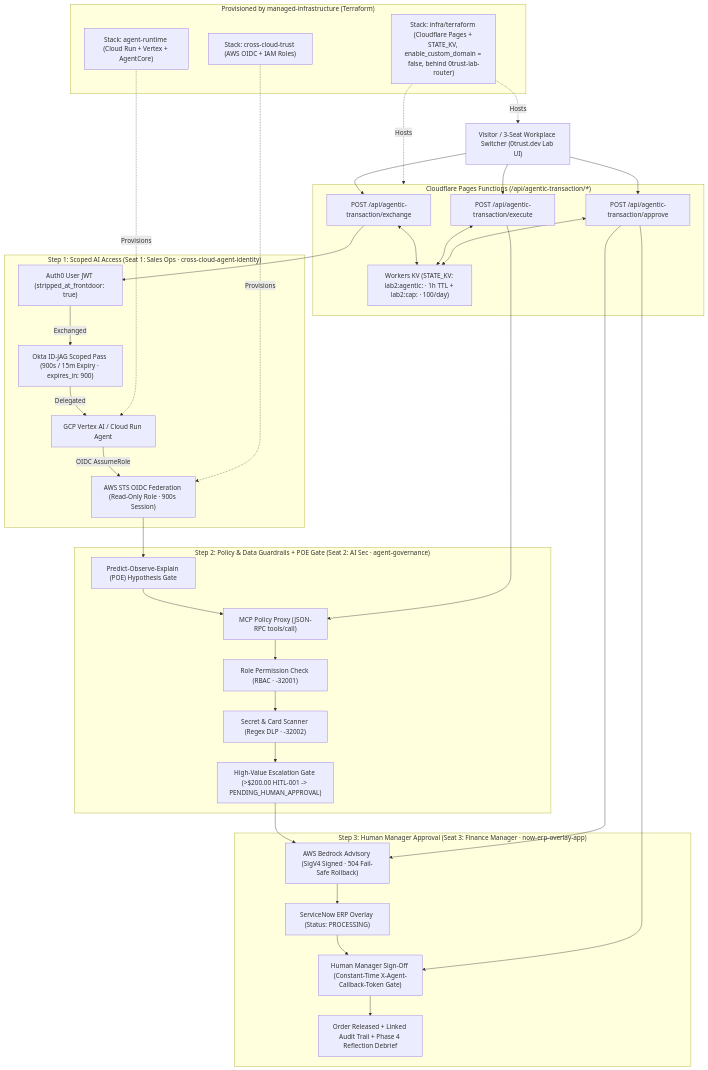
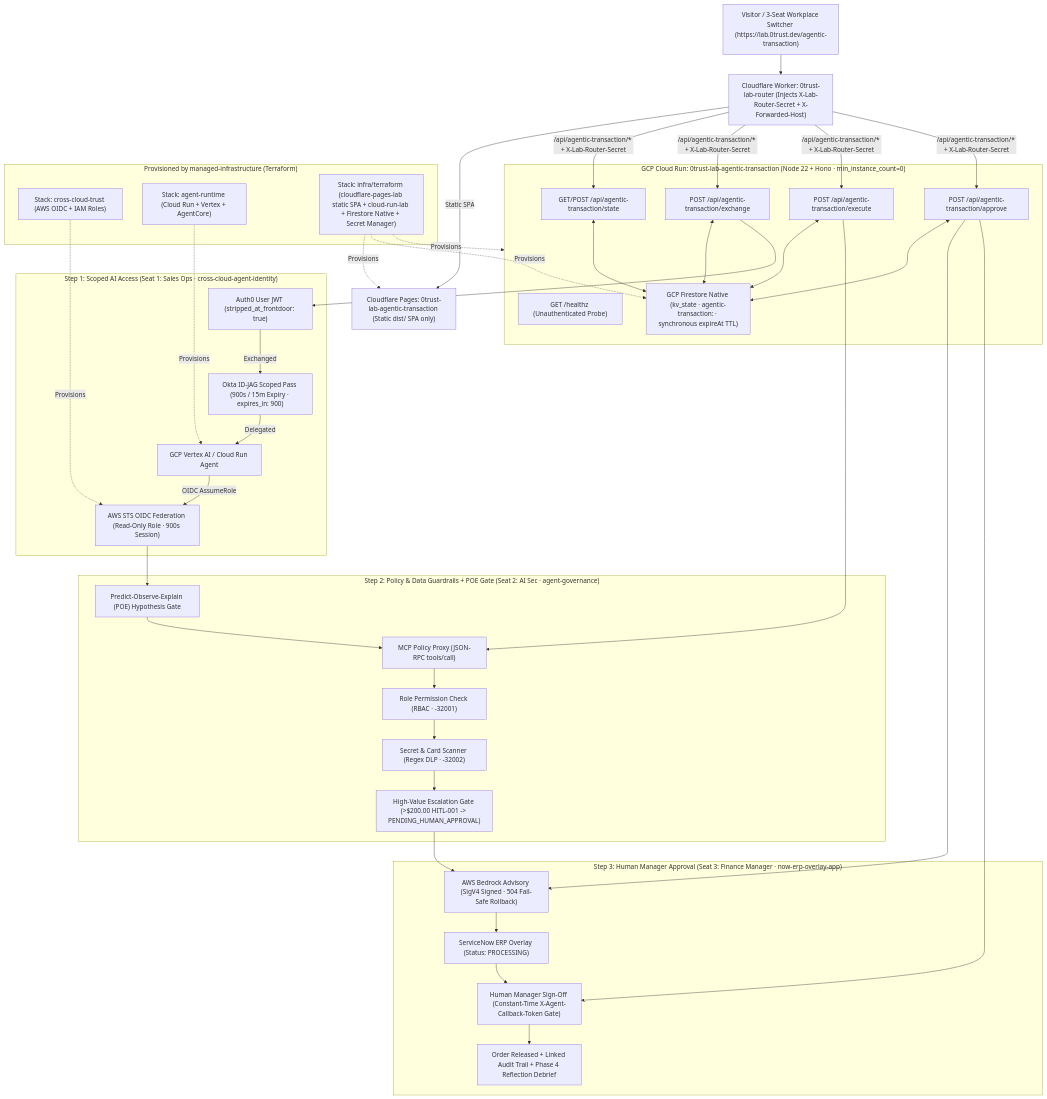
The diagram in docs/ARCHITECTURE.md (c2pig/0trust-lab-agentic-transaction), drawn with Mermaid before and after one commit. The commit also changed other lines of this file and 18 other files, not shown here.

Commit message:
feat: migrate Lab 2 API backend to GCP Cloud Run + Firestore Native (#4)

````diff
--- a/docs/ARCHITECTURE.md
+++ b/docs/ARCHITECTURE.md
@@ -11,55 +11,61 @@
 ```mermaid
 flowchart TB
-    User["Visitor / 3-Seat Workplace Switcher (0trust.dev Lab UI)"]
+    User["Visitor / 3-Seat Workplace Switcher (https://lab.0trust.dev/agentic-transaction)"]
+    Router["Cloudflare Worker: 0trust-lab-router (Injects X-Lab-Router-Secret + X-Forwarded-Host)"]
+    Pages["Cloudflare Pages: 0trust-lab-agentic-transaction (Static dist/ SPA only)"]
 
-    subgraph Edge ["Cloudflare Pages Functions (/api/agentic-transaction/*)"]
+    subgraph CloudRun ["GCP Cloud Run: 0trust-lab-agentic-transaction (Node 22 + Hono · min_instance_count=0)"]
+        Health["GET /healthz (Unauthenticated Probe)"]
+        FnState["GET/POST /api/agentic-transaction/state"]
         FnEx["POST /api/agentic-transaction/exchange"]
         FnExec["POST /api/agentic-transaction/execute"]
         FnApp["POST /api/agentic-transaction/approve"]
-        KV["Workers KV (STATE_KV: lab2:agentic:<sessionId> · 1h TTL + lab2:cap:<utcDate> · 100/day)"]
+        Firestore["GCP Firestore Native (kv_state · agentic-transaction:<key> · synchronous expireAt TTL)"]
     end
 
     subgraph S1 ["Step 1: Scoped AI Access (Seat 1: Sales Ops · cross-cloud-agent-identity)"]
         Auth0["Auth0 User JWT (stripped_at_frontdoor: true)"]
         Okta["Okta ID-JAG Scoped Pass (900s / 15m Expiry · expires_in: 900)"]
         GCP["GCP Vertex AI / Cloud Run Agent"]
         AWS_STS["AWS STS OIDC Federation (Read-Only Role · 900s Session)"]
         Auth0 -->|"Exchanged"| Okta
         Okta -->|"Delegated"| GCP
         GCP -->|"OIDC AssumeRole"| AWS_STS
     end
 
     subgraph S2 ["Step 2: Policy & Data Guardrails + POE Gate (Seat 2: AI Sec · agent-governance)"]
         POE["Predict-Observe-Explain (POE) Hypothesis Gate"]
         MCP["MCP Policy Proxy (JSON-RPC tools/call)"]
         RBAC["Role Permission Check (RBAC · -32001)"]
         DLP["Secret & Card Scanner (Regex DLP · -32002)"]
         Gate["High-Value Escalation Gate (>$200.00 HITL-001 -> PENDING_HUMAN_APPROVAL)"]
         POE --> MCP --> RBAC --> DLP --> Gate
     end
 
     subgraph S3 ["Step 3: Human Manager Approval (Seat 3: Finance Manager · now-erp-overlay-app)"]
         Bedrock["AWS Bedrock Advisory (SigV4 Signed · 504 Fail-Safe Rollback)"]
         SNOW["ServiceNow ERP Overlay (Status: PROCESSING)"]
         Human["Human Manager Sign-Off (Constant-Time X-Agent-Callback-Token Gate)"]
         Released["Order Released + Linked Audit Trail + Phase 4 Reflection Debrief"]
         Bedrock --> SNOW --> Human --> Released
     end
 
     subgraph Infra ["Provisioned by managed-infrastructure (Terraform)"]
         TF_Trust["Stack: cross-cloud-trust (AWS OIDC + IAM Roles)"]
         TF_Runtime["Stack: agent-runtime (Cloud Run + Vertex + AgentCore)"]
-        TF_Edge["Stack: infra/terraform (Cloudflare Pages + STATE_KV, enable_custom_domain = false, behind 0trust-lab-router)"]
+        TF_Lab["Stack: infra/terraform (cloudflare-pages-lab static SPA + cloud-run-lab + Firestore Native + Secret Manager)"]
     end
 
-    User --> FnEx & FnExec & FnApp
-    FnEx & FnExec & FnApp <--> KV
+    User --> Router
+    Router -->|"Static SPA"| Pages
+    Router -->|"/api/agentic-transaction/* + X-Lab-Router-Secret"| FnState & FnEx & FnExec & FnApp
+    FnState & FnEx & FnExec & FnApp <--> Firestore
     FnEx --> Auth0
     AWS_STS --> POE
     FnExec --> MCP
     Gate --> Bedrock
     FnApp --> Bedrock & Human
     TF_Trust -.->|"Provisions"| AWS_STS
     TF_Runtime -.->|"Provisions"| GCP
-    TF_Edge -.->|"Hosts"| User & Edge
+    TF_Lab -.->|"Provisions"| Pages & CloudRun & Firestore
 ```
````
